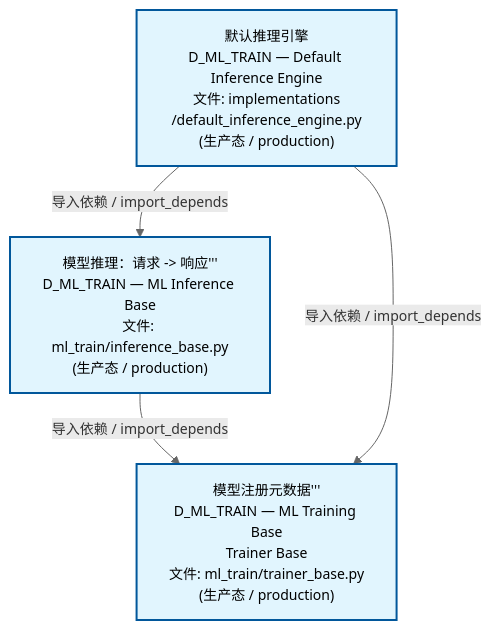
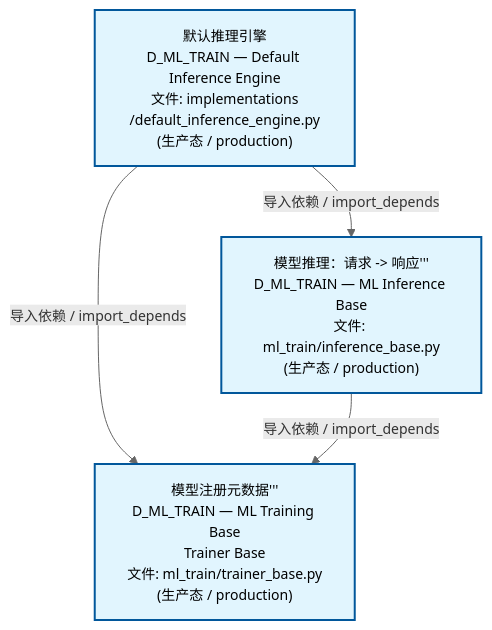
Before and after one commit to xuanFelixVan/ZephyrAlpha: the second of 4 diagrams in docs/02_enterprise_architecture/02_domain_architecture_docs/61_d_ml_train.md, drawn with Mermaid. The commit also changed other lines of this file and 44 other files, not shown here.

````diff
--- a/docs/02_enterprise_architecture/02_domain_architecture_docs/61_d_ml_train.md
+++ b/docs/02_enterprise_architecture/02_domain_architecture_docs/61_d_ml_train.md
@@ -107,15 +107,15 @@
 ```mermaid
 %%{init: {'theme': 'base', 'themeVariables': {'primaryColor': '#eaeaea', 'primaryTextColor': '#333333', 'primaryBorderColor': '#666666', 'lineColor': '#666666', 'secondaryColor': '#eaeaea', 'tertiaryColor': '#eaeaea', 'fontSize': '14px'}}}%%
 flowchart TD
     src_zephyr_ml_train_implementations_default_inference_engine_py["默认推理引擎<br/>D_ML_TRAIN — Default Inference Engine<br/>文件: implementations<br/>/default_inference_engine.py<br/>(生产态 / production)"]
     src_zephyr_ml_train_inference_base_py["模型推理：请求 -> 响应'''<br/>D_ML_TRAIN — ML Inference Base<br/>文件: ml_train/inference_base.py<br/>(生产态 / production)"]
     src_zephyr_ml_train_trainer_base_py["模型注册元数据'''<br/>D_ML_TRAIN — ML Training Base<br/>Trainer Base<br/>文件: ml_train/trainer_base.py<br/>(生产态 / production)"]
-    src_zephyr_ml_train_inference_base_py -->|导入依赖 / import_depends| src_zephyr_ml_train_trainer_base_py
     src_zephyr_ml_train_implementations_default_inference_engine_py -->|导入依赖 / import_depends| src_zephyr_ml_train_trainer_base_py
     src_zephyr_ml_train_implementations_default_inference_engine_py -->|导入依赖 / import_depends| src_zephyr_ml_train_inference_base_py
+    src_zephyr_ml_train_inference_base_py -->|导入依赖 / import_depends| src_zephyr_ml_train_trainer_base_py
     classDef production fill:#e1f5fe,stroke:#01579b,stroke-width:2px,color:#000
     classDef design fill:#fff3e0,stroke:#e65100,stroke-width:2px,color:#000,stroke-dasharray: 5 5
     classDef external_prod fill:#e8f4fd,stroke:#0277bd,stroke-width:1px,color:#000
     classDef external_design fill:#fff8e7,stroke:#ef6c00,stroke-width:1px,color:#000,stroke-dasharray: 5 5
     class src_zephyr_ml_train_implementations_default_inference_engine_py,src_zephyr_ml_train_inference_base_py,src_zephyr_ml_train_trainer_base_py production
 ```
````
